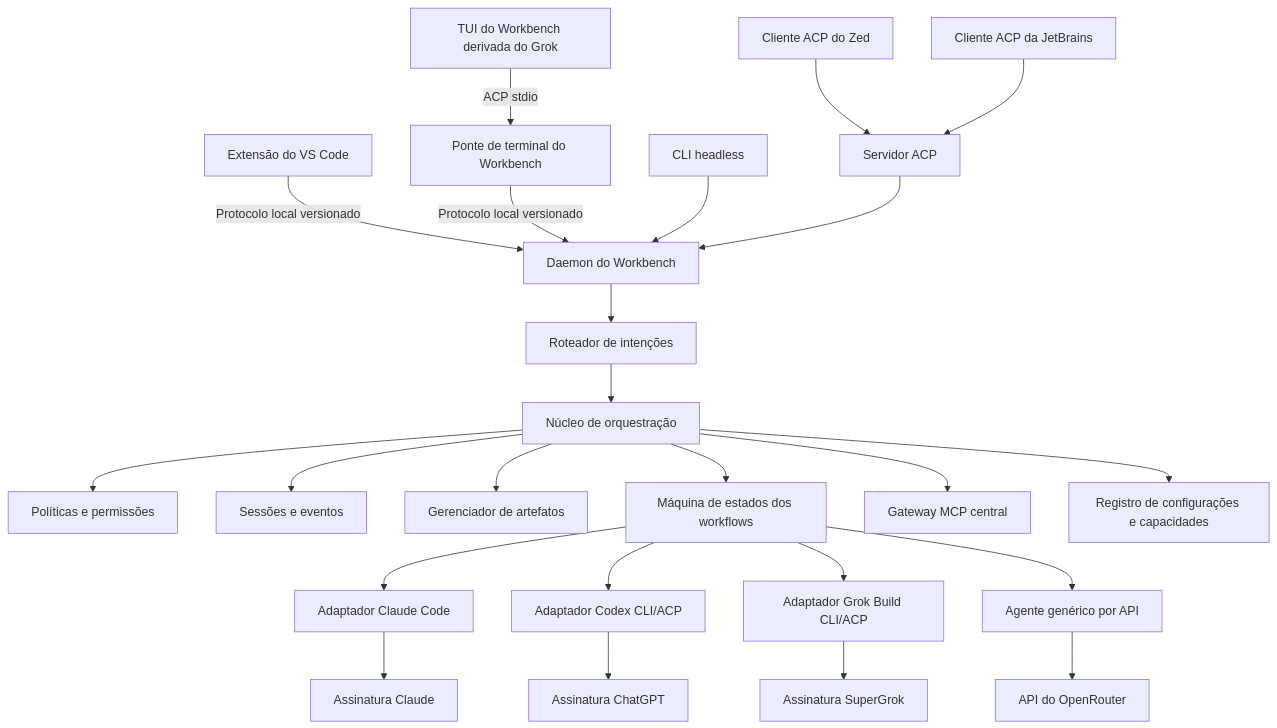
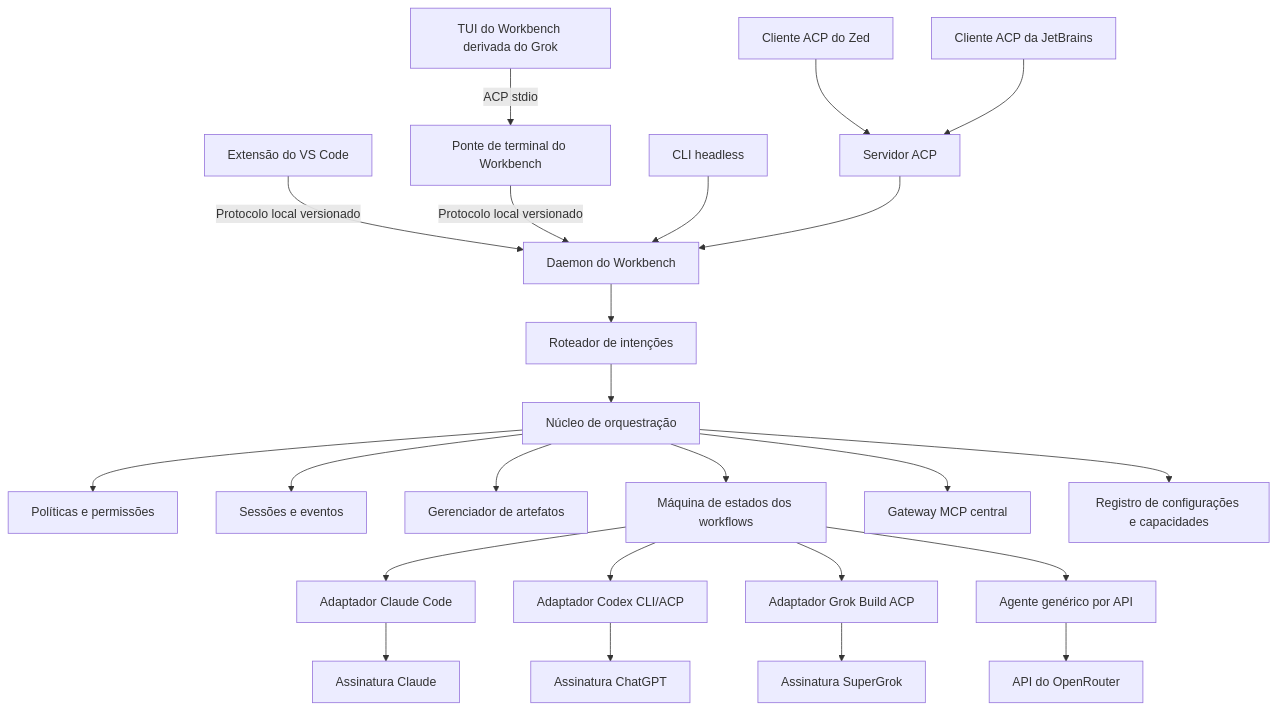
Before and after one commit to RenatoTadeuFigueiredo/multi-agent-development-workbench: the second of 2 diagrams in README.pt-BR.md, drawn with Mermaid. The commit also changed other lines of this file and 49 other files, not shown here.

Commit message:
feat(acp): add supervised Grok Build provider refs #7

````diff
--- a/README.pt-BR.md
+++ b/README.pt-BR.md
@@ -165,29 +175,29 @@
 ```mermaid
 flowchart TB
     V[Extensão do VS Code] -->|Protocolo local versionado| D[Daemon do Workbench]
     T[TUI do Workbench derivada do Grok] -->|ACP stdio| B[Ponte de terminal do Workbench]
     B -->|Protocolo local versionado| D
     H[CLI headless] --> D
     Z[Cliente ACP do Zed] --> X[Servidor ACP]
     J[Cliente ACP da JetBrains] --> X
     X --> D
     D --> Q[Roteador de intenções]
     Q --> O[Núcleo de orquestração]
 
     O --> P[Políticas e permissões]
     O --> S[Sessões e eventos]
     O --> A[Gerenciador de artefatos]
     O --> W[Máquina de estados dos workflows]
     O --> M[Gateway MCP central]
     O --> C[Registro de configurações e capacidades]
 
     W --> CA[Adaptador Claude Code]
     W --> CO[Adaptador Codex CLI/ACP]
-    W --> GR[Adaptador Grok Build CLI/ACP]
+    W --> GR[Adaptador Grok Build ACP]
     W --> OA[Agente genérico por API]
 
     CA --> CL[Assinatura Claude]
     CO --> OP[Assinatura ChatGPT]
     GR --> XA[Assinatura SuperGrok]
     OA --> OR[API do OpenRouter]
 ```
````
